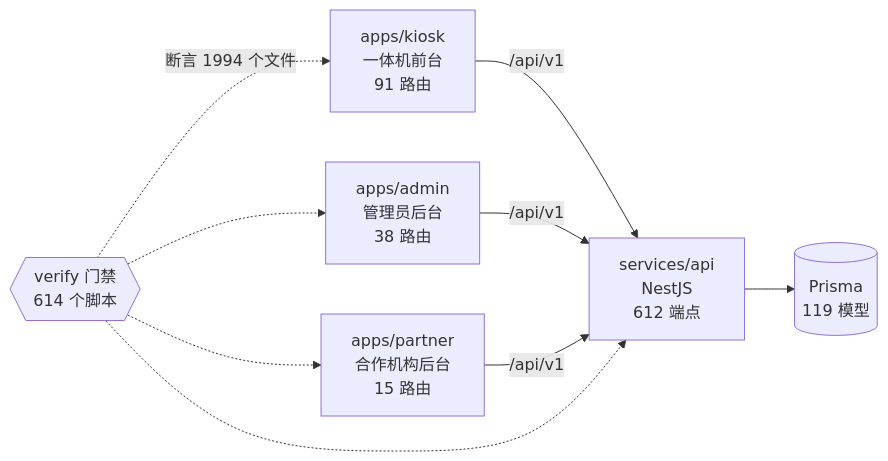
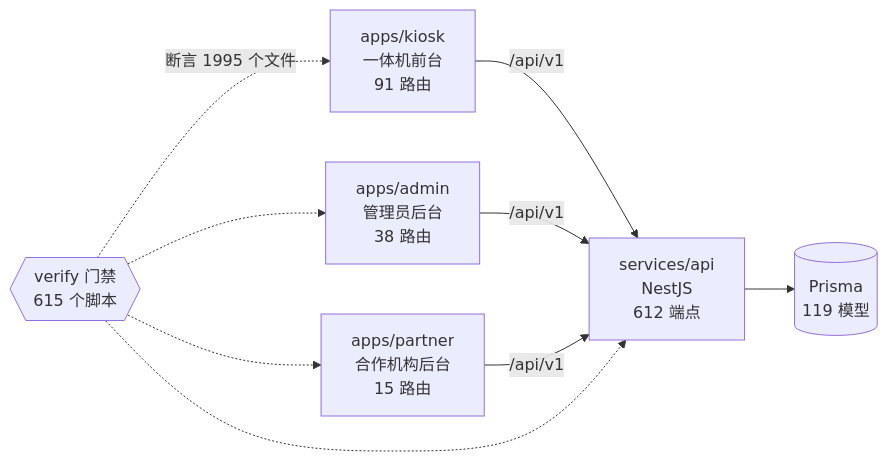
One commit to wanglei581/YITIJI changed the diagram in docs/graph/README.md. Above: the diagram before and after it, drawn with Mermaid. The commit also changed other lines of this file and 7 other files, not shown here.

````diff
--- a/docs/graph/README.md
+++ b/docs/graph/README.md
@@ -68,18 +68,18 @@
 ```mermaid
 flowchart LR
   kiosk["apps/kiosk<br/>一体机前台<br/>91 路由"]
   admin["apps/admin<br/>管理员后台<br/>38 路由"]
   partner["apps/partner<br/>合作机构后台<br/>15 路由"]
   api["services/api<br/>NestJS<br/>612 端点"]
   db[("Prisma<br/>119 模型")]
-  gates{{"verify 门禁<br/>614 个脚本"}}
+  gates{{"verify 门禁<br/>615 个脚本"}}
 
   kiosk -->|"/api/v1"| api
   admin -->|"/api/v1"| api
   partner -->|"/api/v1"| api
   api --> db
-  gates -.->|"断言 1994 个文件"| kiosk
+  gates -.->|"断言 1995 个文件"| kiosk
   gates -.-> admin
   gates -.-> partner
   gates -.-> api
 ```
````
